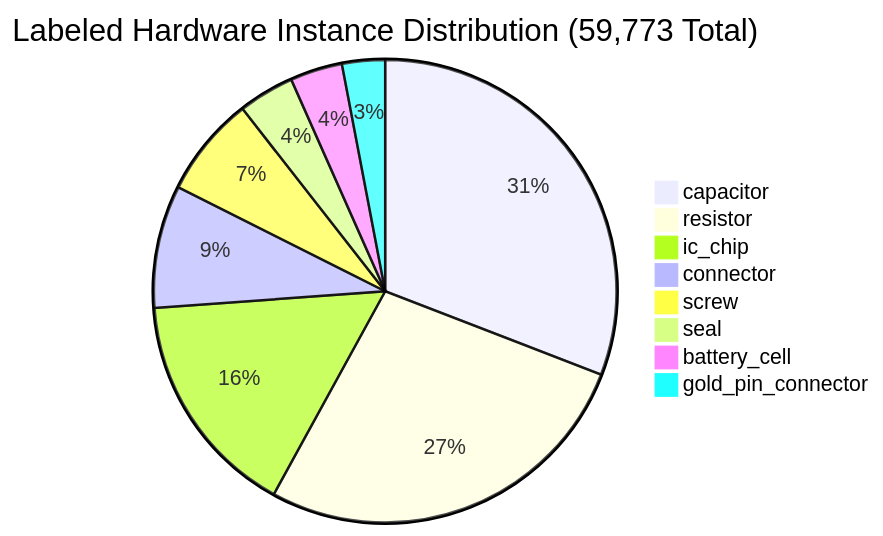
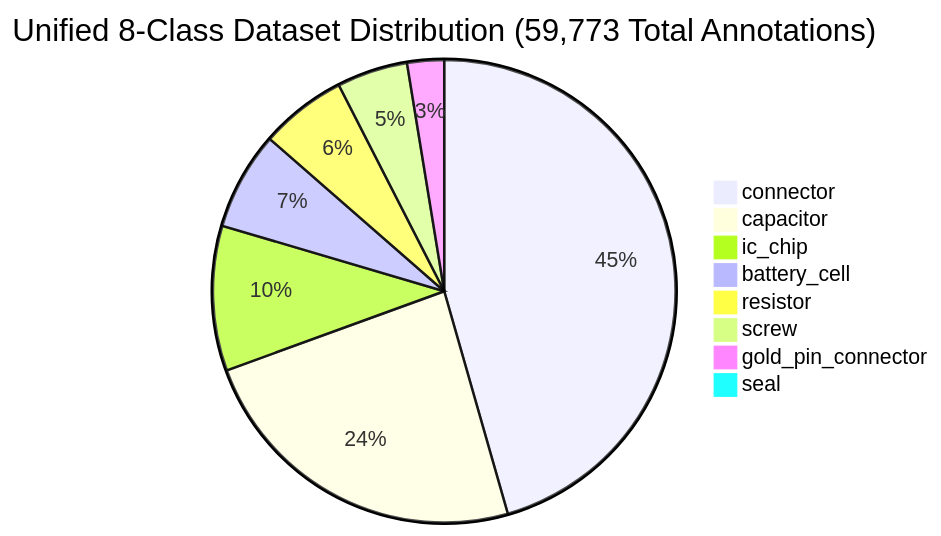
Before and after one commit to Disha-1610/VisionForge: the first of 2 diagrams in docs/YOLO_MODEL.md, drawn with Mermaid. The commit also changed other lines of this file and 12 other files, not shown here.

Commit message:
docs: upgrade full documentation suite with technical depth, story arcs, engineering decisions, and Mermaid diagrams

````diff
--- a/docs/YOLO_MODEL.md
+++ b/docs/YOLO_MODEL.md
@@ -93,11 +63,11 @@
 ```mermaid
-pie title Labeled Hardware Instance Distribution (59,773 Total)
-    "capacitor" : 18450
-    "resistor" : 16210
-    "ic_chip" : 9480
-    "connector" : 5120
-    "screw" : 4200
-    "seal" : 2340
-    "battery_cell" : 2180
-    "gold_pin_connector" : 1793
+pie title Unified 8-Class Dataset Distribution (59,773 Total Annotations)
+    "connector" : 27014
+    "capacitor" : 14155
+    "ic_chip" : 5998
+    "battery_cell" : 4065
+    "resistor" : 3591
+    "screw" : 2932
+    "gold_pin_connector" : 1528
+    "seal" : 480
 ```
````
